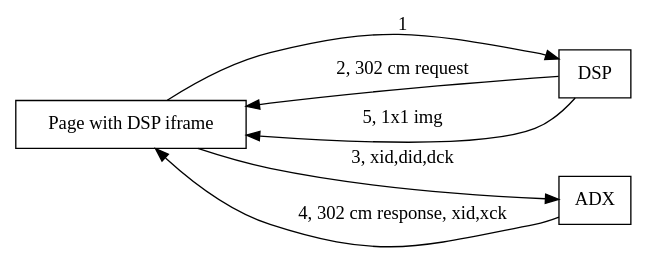
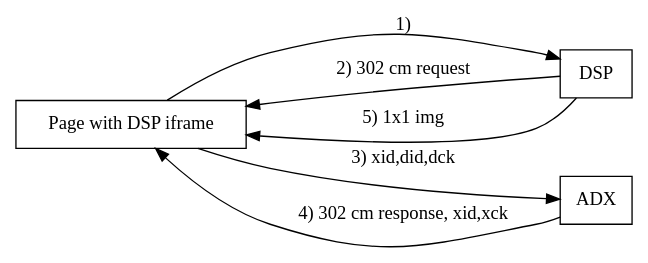
Before and after one commit to buptrobin/MyProjects: the diagram in others/graphviz/cookingmapping.dot, drawn with Graphviz. The commit also changed 16 other files, not shown here.

```diff
--- a/others/graphviz/cookingmapping.dot
+++ b/others/graphviz/cookingmapping.dot
@@ -1,17 +1,15 @@
 digraph CM {
 	node [shape="record"];
 	edge [style="solid"];
 	rankdir=LR;
 	#edge [style="dashed"];
 	Page [label="Page with DSP iframe"];
 	DSP;
 	ADX;
 
-	Page->DSP [label="1"];
-	DSP->Page [label="2, 302 cm request"];
-	Page->ADX [label="3, xid,did,dck"];
-	ADX->Page [label="4, 302 cm response, xid,xck"];
-	DSP->Page [label="5, 1x1 img"];
-
-
+	Page->DSP [label="1)"];
+	DSP->Page [label="2) 302 cm request"];
+	Page->ADX [label="3) xid,did,dck"];
+	ADX->Page [label="4) 302 cm response, xid,xck"];
+	DSP->Page [label="5) 1x1 img"];
 }
```
